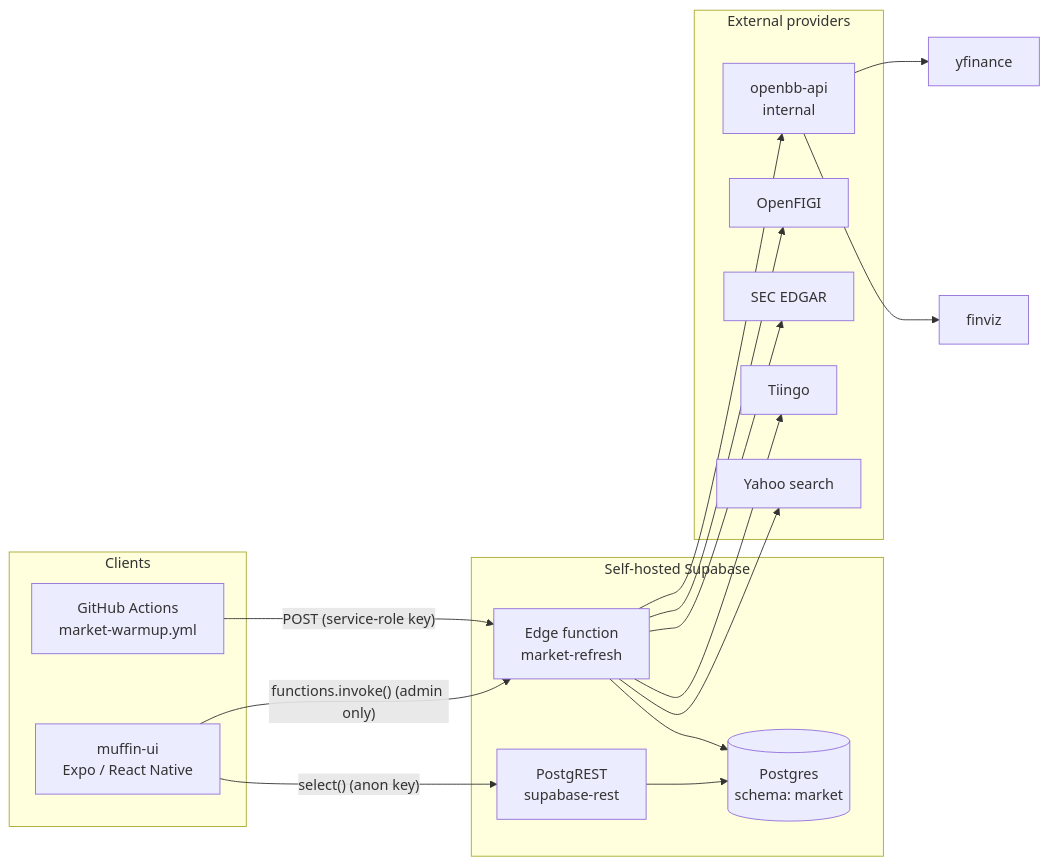
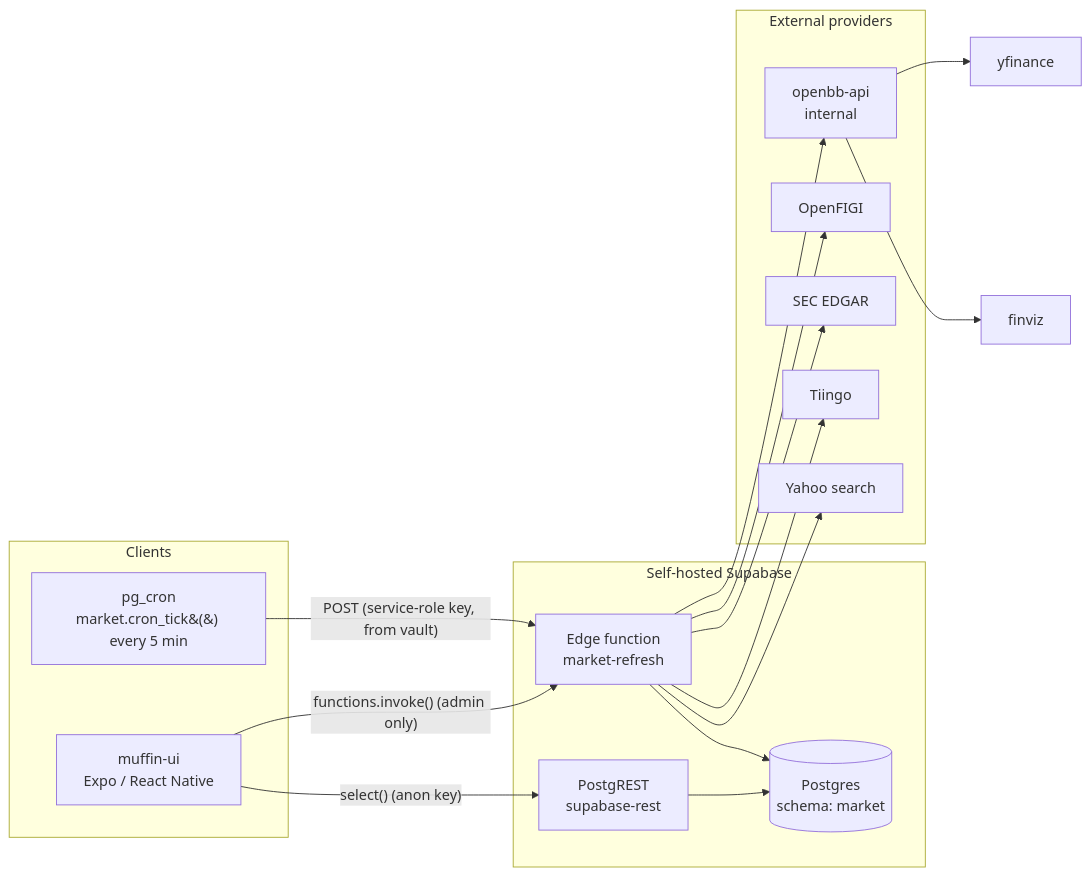
One commit to gururafiki/muffin changed the first of 5 diagrams in docs/data-ingestion.md. Above: the diagram before and after it, drawn with Mermaid. The commit also changed other lines of this file and 2 other files, not shown here.

````diff
--- a/docs/data-ingestion.md
+++ b/docs/data-ingestion.md
@@ -16,34 +19,34 @@
 ```mermaid
 flowchart LR
     subgraph clients[Clients]
       UI[muffin-ui<br/>Expo / React Native]
-      CRON[GitHub Actions<br/>market-warmup.yml]
+      CRON[pg_cron<br/>market.cron_tick&#40;&#41; every 5 min]
     end
 
     subgraph supabase[Self-hosted Supabase]
       REST[PostgREST<br/>supabase-rest]
       FN[Edge function<br/>market-refresh]
       PG[(Postgres<br/>schema: market)]
     end
 
     subgraph providers[External providers]
       OBB[openbb-api<br/>internal]
       FIGI[OpenFIGI]
       SEC[SEC EDGAR]
       TII[Tiingo]
       YAH[Yahoo search]
     end
 
     UI -- "select() (anon key)" --> REST
     UI -- "functions.invoke() (admin only)" --> FN
-    CRON -- "POST (service-role key)" --> FN
+    CRON -- "POST (service-role key, from vault)" --> FN
     REST --> PG
     FN --> PG
     FN --> OBB
     FN --> FIGI
     FN --> SEC
     FN --> TII
     FN --> YAH
     OBB --> YF[yfinance]
     OBB --> FV[finviz]
 ```
````
